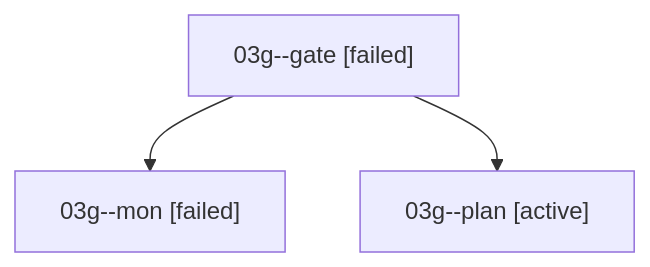
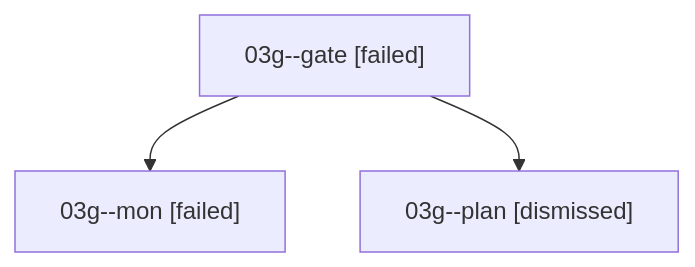
Before and after one commit to sase-org/sase--agents: the diagram in sessions/bbugyi200.athena.03g.md, drawn with Mermaid. The commit also changed other lines of this file and 34 other files, not shown here.

````diff
--- a/sessions/bbugyi200.athena.03g.md
+++ b/sessions/bbugyi200.athena.03g.md
@@ -9,8 +9,8 @@
 ```mermaid
 flowchart TD
   n0["03g--gate [failed]"]
   n1["03g--mon [failed]"]
   n0 --> n1
-  n2["03g--plan [active]"]
+  n2["03g--plan [dismissed]"]
   n0 --> n2
 ```
````
